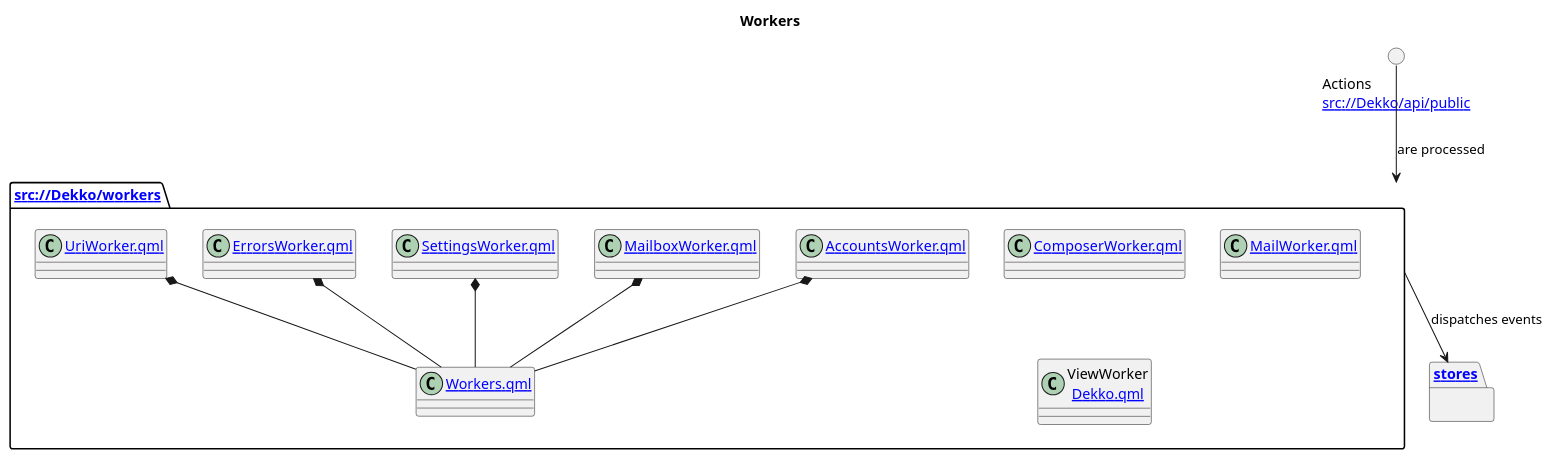
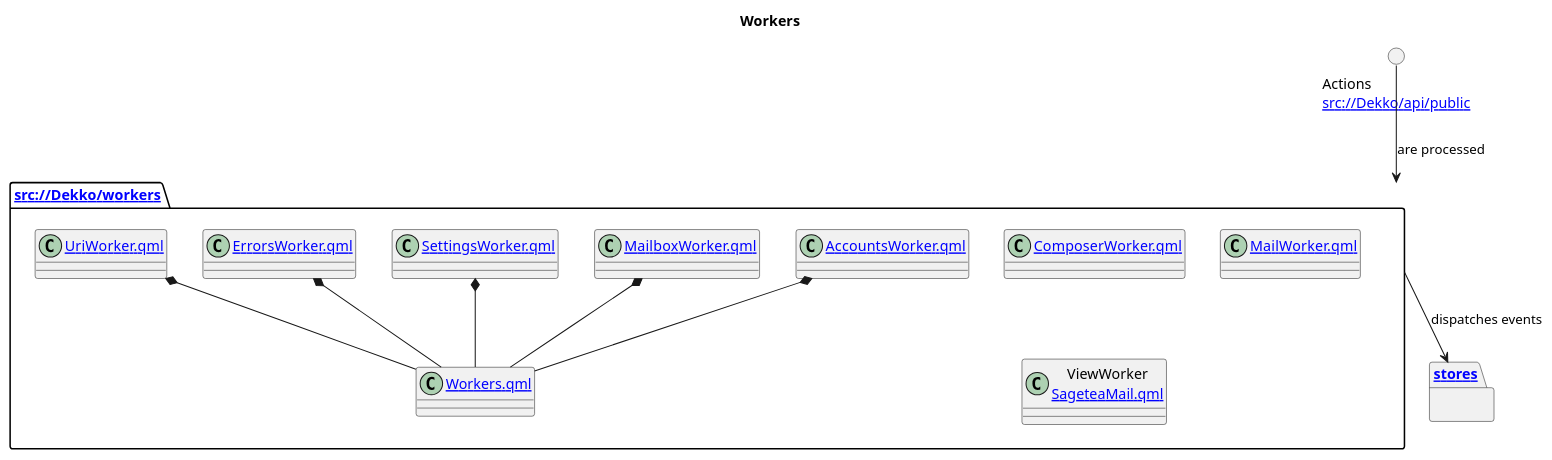
Before and after one commit to sageteadev/sageteamail: the diagram in docs/arch_workers.md, drawn with PlantUML. The commit also changed 452 other files, not shown here.

```diff
--- a/docs/arch_workers.md
+++ b/docs/arch_workers.md
@@ -3,50 +3,50 @@
 @startuml{workers.svg}
 
 title Workers
 
 package "[[https://gitlab.com/dekkan/dekko/-/tree/master/Dekko/workers src://Dekko/workers]]" as workers {
     class "[[https://gitlab.com/dekkan/dekko/-/tree/master/Dekko/workers/Workers.qml Workers.qml]]" as workerregistry {
     }
 
     class "[[https://gitlab.com/dekkan/dekko/-/tree/master/Dekko/workers/AccountsWorker.qml AccountsWorker.qml]]" as accountsworker {
     }
 
     class "[[https://gitlab.com/dekkan/dekko/-/tree/master/Dekko/workers/ComposerWorker.qml ComposerWorker.qml]]" as composerworker {
     }
 
     class "[[https://gitlab.com/dekkan/dekko/-/tree/master/Dekko/workers/MailboxWorker.qml MailboxWorker.qml]]" as mailboxworker {
     }
 
     class "[[https://gitlab.com/dekkan/dekko/-/tree/master/Dekko/workers/MailWorker.qml MailWorker.qml]]" as mailworker {
     }
 
     class "[[https://gitlab.com/dekkan/dekko/-/tree/master/Dekko/workers/SettingsWorker.qml SettingsWorker.qml]]" as settingsworker {
     }
 
     class "[[https://gitlab.com/dekkan/dekko/-/tree/master/Dekko/workers/ErrorsWorker.qml ErrorsWorker.qml]]" as errorsworker {
     }
 
     class "[[https://gitlab.com/dekkan/dekko/-/tree/master/Dekko/workers/UriWorker.qml UriWorker.qml]]" as uriworker {
     }
 
-    class "ViewWorker\n[[https://gitlab.com/dekkan/dekko/-/tree/master/Dekko/app/Dekko.qml Dekko.qml]]" as viewworker {
+    class "ViewWorker\n[[https://gitlab.com/dekkan/dekko/-/tree/master/Dekko/app/SageteaMail.qml SageteaMail.qml]]" as viewworker {
     }
 
     accountsworker *-- workerregistry
     mailboxworker *-- workerregistry
     settingsworker *-- workerregistry
     errorsworker *-- workerregistry
     uriworker *-- workerregistry
 }
 
 package "[[architecture_stores.html stores]]" as stores {
 
 }
 
 
 () "Actions\n[[https://gitlab.com/dekkan/dekko/-/tree/master/Dekko/api/public src://Dekko/api/public]]" as actions
 
 actions --> workers : are processed
 workers --> stores : dispatches events
 
 @enduml
```
